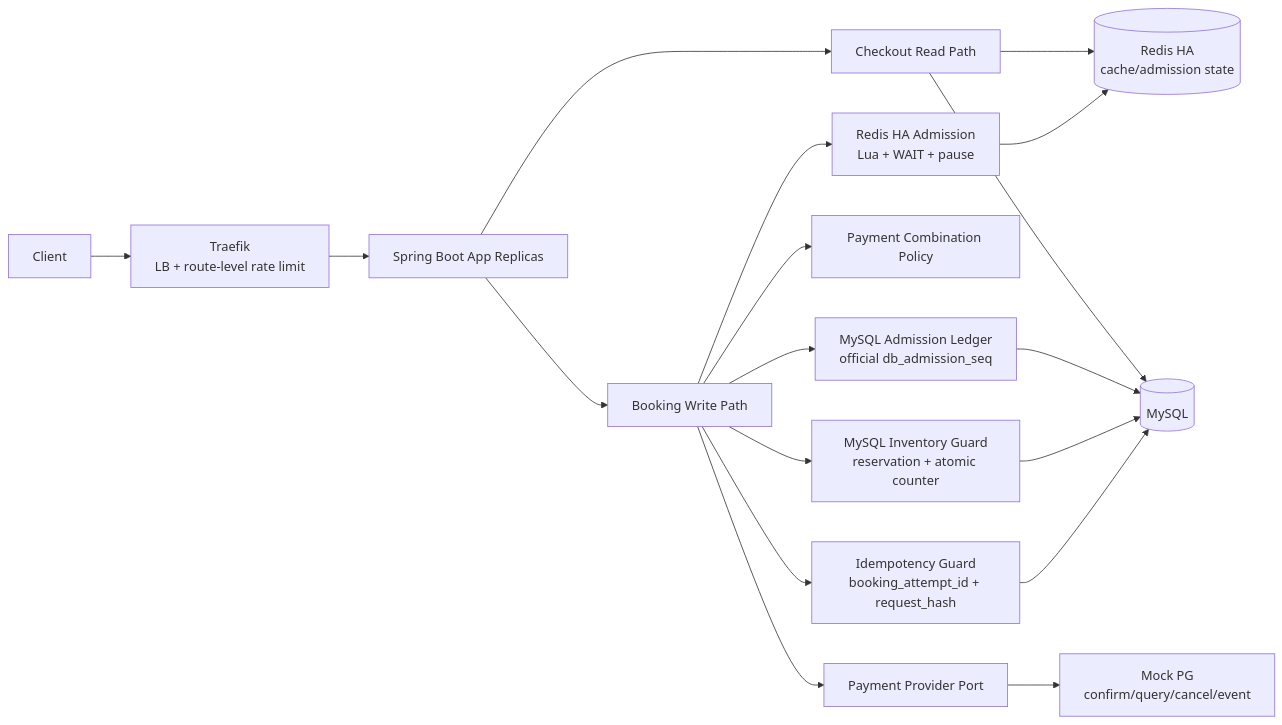
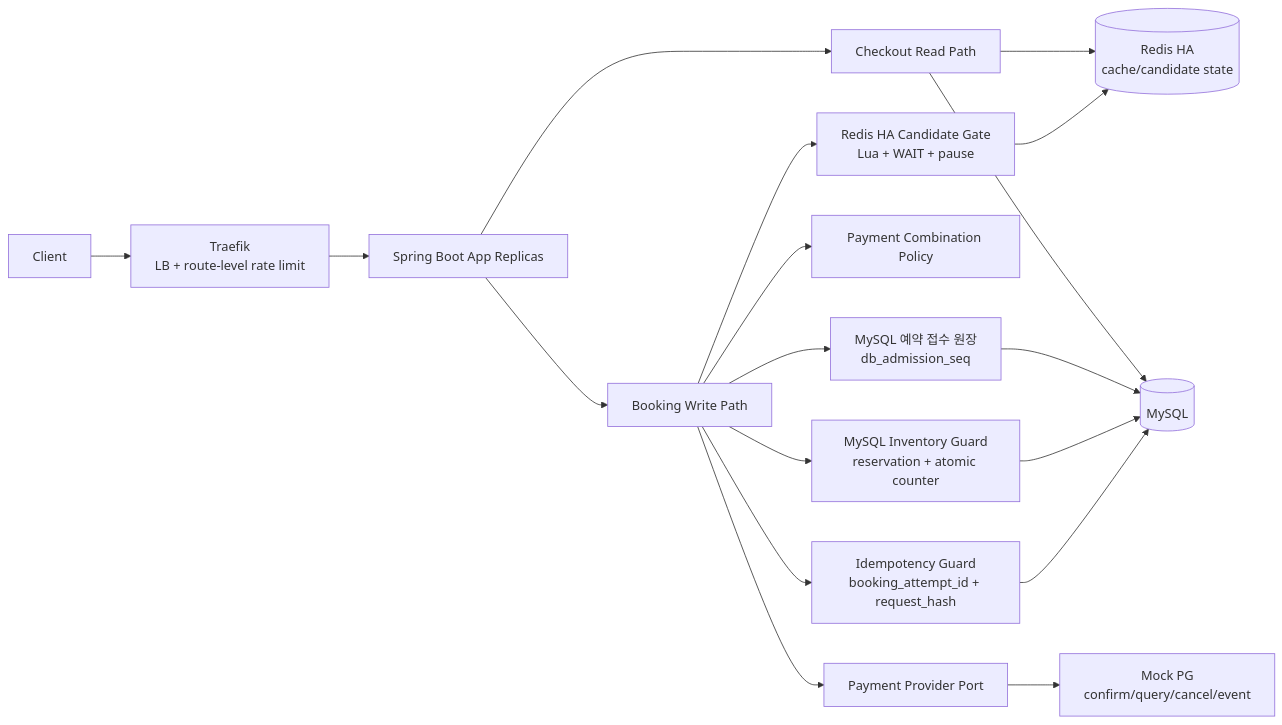
The first of 3 diagrams in docs/system-design/mock-interview.md (lsh1215/peak-booking-system), drawn with Mermaid before and after one commit. The commit also changed other lines of this file and 4 other files, not shown here.

````diff
--- a/docs/system-design/mock-interview.md
+++ b/docs/system-design/mock-interview.md
@@ -38,23 +38,23 @@
 ```mermaid
 flowchart LR
     Client[Client] --> Traefik[Traefik<br/>LB + route-level rate limit]
     Traefik --> App[Spring Boot App Replicas]
 
     App --> Checkout[Checkout Read Path]
-    Checkout --> RedisHA[(Redis HA<br/>cache/admission state)]
+    Checkout --> RedisHA[(Redis HA<br/>cache/candidate state)]
     Checkout --> MySQL[(MySQL)]
 
     App --> Booking[Booking Write Path]
     Booking --> Idem[Idempotency Guard<br/>booking_attempt_id + request_hash]
     Booking --> PayPolicy[Payment Combination Policy]
-    Booking --> RedisAdmission[Redis HA Admission<br/>Lua + WAIT + pause]
-    Booking --> AdmissionLedger[MySQL Admission Ledger<br/>official db_admission_seq]
+    Booking --> RedisAdmission[Redis HA Candidate Gate<br/>Lua + WAIT + pause]
+    Booking --> AdmissionLedger[MySQL 예약 접수 원장<br/>db_admission_seq]
     Booking --> InventoryGuard[MySQL Inventory Guard<br/>reservation + atomic counter]
     Booking --> PaymentPort[Payment Provider Port]
     PaymentPort --> MockPG[Mock PG<br/>confirm/query/cancel/event]
 
     RedisAdmission --> RedisHA
     AdmissionLedger --> MySQL
     InventoryGuard --> MySQL
     Idem --> MySQL
 ```
````
